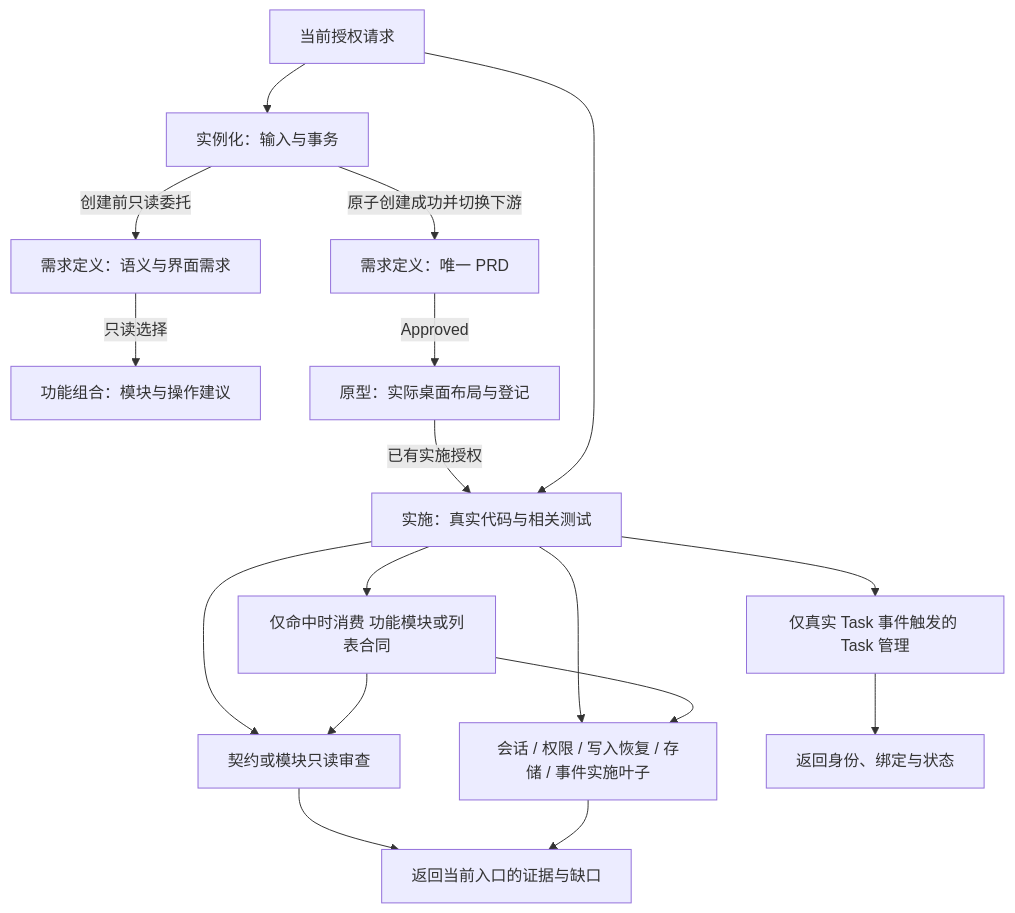
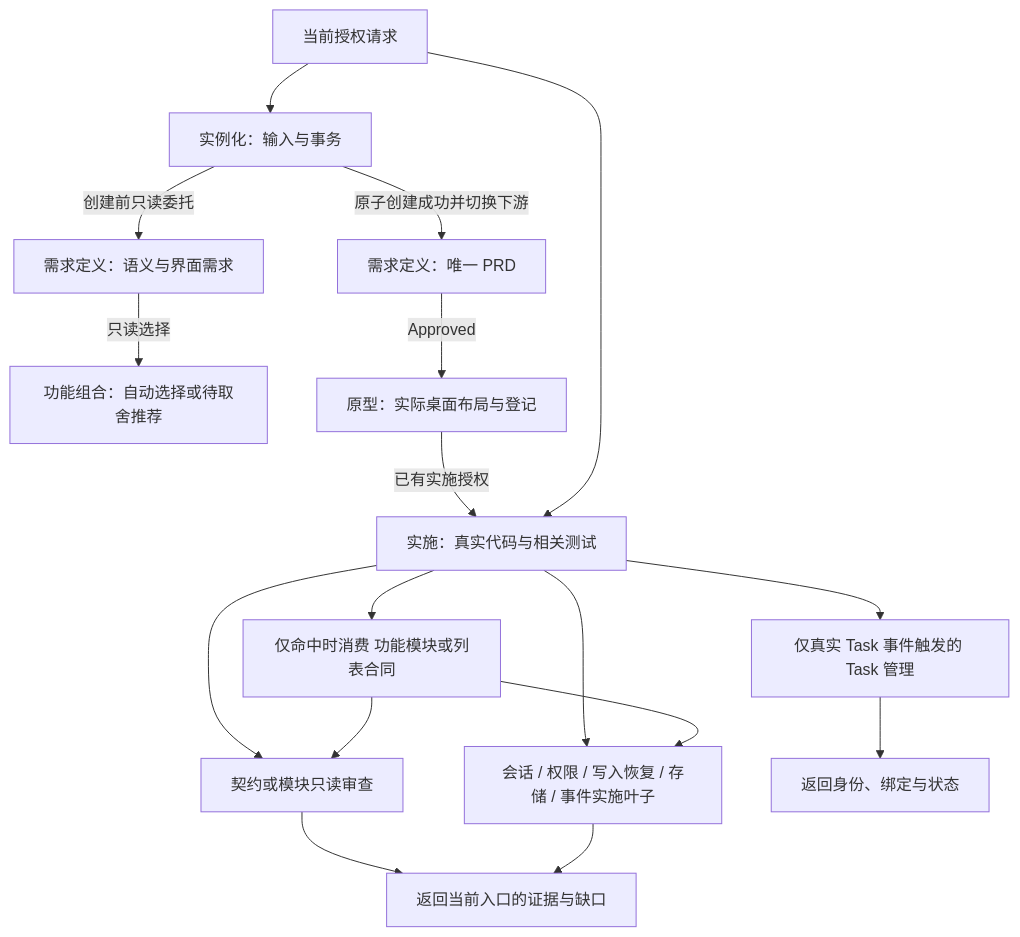
One commit to BFTools366/bifang-web-extension-harness-template changed the diagram in docs/harness_engineering/skill_composition.md. Above: the diagram before and after it, drawn with Mermaid. The commit also changed other lines of this file and 150 other files, not shown here.

````diff
--- a/docs/harness_engineering/skill_composition.md
+++ b/docs/harness_engineering/skill_composition.md
@@ -56,19 +57,19 @@
 ```mermaid
 flowchart TD
   request[当前授权请求] --> create[实例化：输入与事务]
   create -->|创建前只读委托| analysis[需求定义：语义与界面需求]
-  analysis -->|只读选择| selection[功能组合：模块与操作建议]
+  analysis -->|只读选择| selection[功能组合：自动选择或待取舍推荐]
   create -->|原子创建成功并切换下游| define[需求定义：唯一 PRD]
   define -->|Approved| prototype[原型：实际桌面布局与登记]
   prototype -->|已有实施授权| entry[实施：真实代码与相关测试]
   request --> entry
   entry --> domain[仅命中时消费 功能模块或列表合同]
   entry --> review[契约或模块只读审查]
   domain --> review
   entry --> leaf[会话 / 权限 / 写入恢复 / 存储 / 事件实施叶子]
   domain --> leaf
   review --> evidence[返回当前入口的证据与缺口]
   leaf --> evidence
   entry --> task[仅真实 Task 事件触发的 Task 管理]
   task --> identity[返回身份、绑定与状态]
 ```
````
